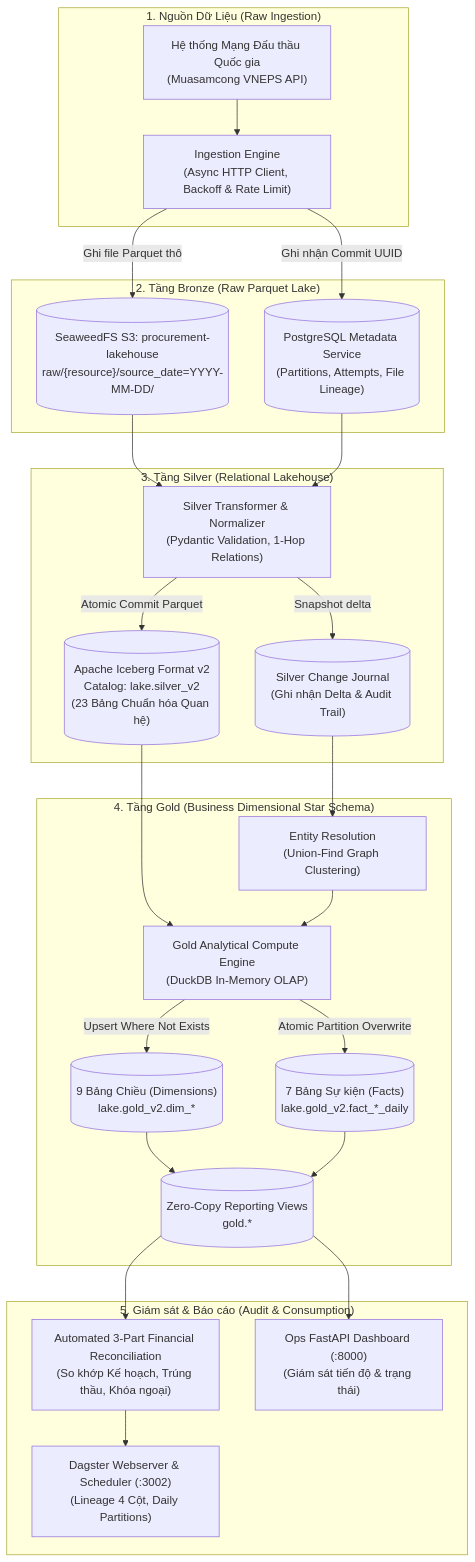
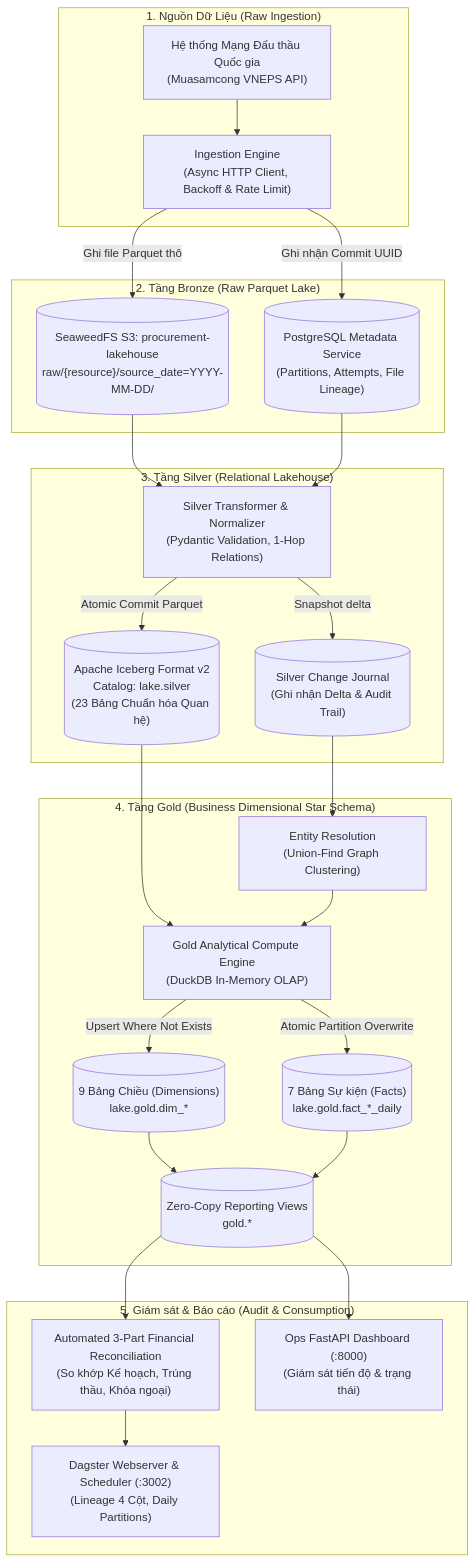
One commit to KhangQuachUnique/procurement-lakehouse changed the first of 2 diagrams in docs/architecture/01-system-overview-and-dataflow.md. Above: the diagram before and after it, drawn with Mermaid. The commit also changed other lines of this file and 10 other files, not shown here.

Commit message:
docs: align CLI operational manual with real commands, standardize default namespaces, and restore schema contracts

````diff
--- a/docs/architecture/01-system-overview-and-dataflow.md
+++ b/docs/architecture/01-system-overview-and-dataflow.md
@@ -14,52 +14,52 @@
 ```mermaid
 flowchart TD
     subgraph S1["1. Nguồn Dữ Liệu (Raw Ingestion)"]
         API["Hệ thống Mạng Đấu thầu Quốc gia<br/>(Muasamcong VNEPS API)"]
         INGEST["Ingestion Engine<br/>(Async HTTP Client, Backoff & Rate Limit)"]
         API --> INGEST
     end
 
     subgraph S2["2. Tầng Bronze (Raw Parquet Lake)"]
         BRONZE_S3[("SeaweedFS S3: procurement-lakehouse<br/>raw/{resource}/source_date=YYYY-MM-DD/")]
         PG_META[("PostgreSQL Metadata Service<br/>(Partitions, Attempts, File Lineage)")]
         INGEST -->|"Ghi file Parquet thô"| BRONZE_S3
         INGEST -->|"Ghi nhận Commit UUID"| PG_META
     end
 
     subgraph S3["3. Tầng Silver (Relational Lakehouse)"]
         SILVER_TRANS["Silver Transformer & Normalizer<br/>(Pydantic Validation, 1-Hop Relations)"]
-        SILVER_ICEBERG[("Apache Iceberg Format v2<br/>Catalog: lake.silver_v2<br/>(23 Bảng Chuẩn hóa Quan hệ)")]
+        SILVER_ICEBERG[("Apache Iceberg Format v2<br/>Catalog: lake.silver<br/>(23 Bảng Chuẩn hóa Quan hệ)")]
         JOURNAL[("Silver Change Journal<br/>(Ghi nhận Delta & Audit Trail)")]
         
         BRONZE_S3 --> SILVER_TRANS
         PG_META --> SILVER_TRANS
         SILVER_TRANS -->|"Atomic Commit Parquet"| SILVER_ICEBERG
         SILVER_TRANS -->|"Snapshot delta"| JOURNAL
     end
 
     subgraph S4["4. Tầng Gold (Business Dimensional Star Schema)"]
         GOLD_COMPUTE["Gold Analytical Compute Engine<br/>(DuckDB In-Memory OLAP)"]
         CLUSTERING["Entity Resolution<br/>(Union-Find Graph Clustering)"]
-        GOLD_DIMS[("9 Bảng Chiều (Dimensions)<br/>lake.gold_v2.dim_*")]
-        GOLD_FACTS[("7 Bảng Sự kiện (Facts)<br/>lake.gold_v2.fact_*_daily")]
+        GOLD_DIMS[("9 Bảng Chiều (Dimensions)<br/>lake.gold.dim_*")]
+        GOLD_FACTS[("7 Bảng Sự kiện (Facts)<br/>lake.gold.fact_*_daily")]
         VIEWS[("Zero-Copy Reporting Views<br/>gold.*")]
         
         SILVER_ICEBERG --> GOLD_COMPUTE
         JOURNAL --> CLUSTERING
         CLUSTERING --> GOLD_COMPUTE
         GOLD_COMPUTE -->|"Upsert Where Not Exists"| GOLD_DIMS
         GOLD_COMPUTE -->|"Atomic Partition Overwrite"| GOLD_FACTS
         GOLD_DIMS --> VIEWS
         GOLD_FACTS --> VIEWS
     end
 
     subgraph S5["5. Giám sát & Báo cáo (Audit & Consumption)"]
         RECONCILE["Automated 3-Part Financial Reconciliation<br/>(So khớp Kế hoạch, Trúng thầu, Khóa ngoại)"]
         DAGSTER["Dagster Webserver & Scheduler (:3002)<br/>(Lineage 4 Cột, Daily Partitions)"]
         OPS["Ops FastAPI Dashboard (:8000)<br/>(Giám sát tiến độ & trạng thái)"]
         
         VIEWS --> RECONCILE
         RECONCILE --> DAGSTER
         VIEWS --> OPS
     end
 ```
````
